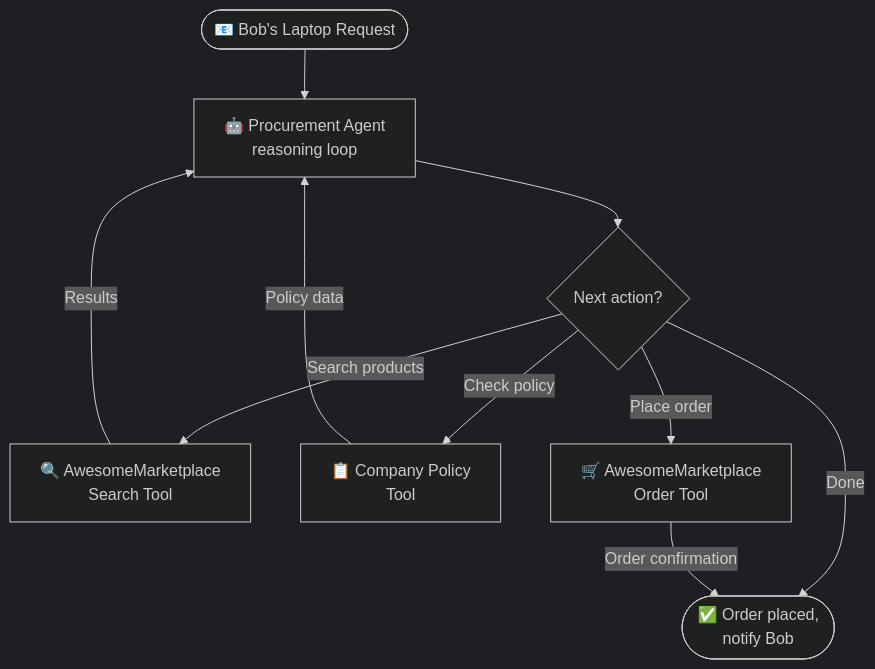
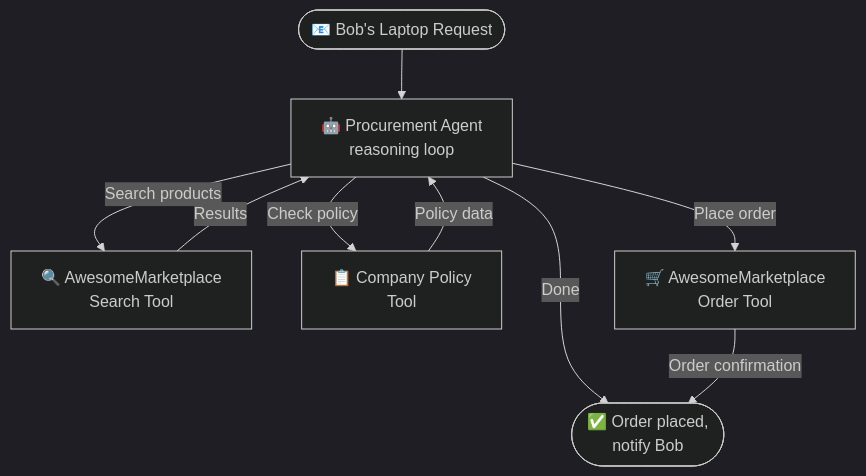
Before and after one commit to FridljDa/FridljDa.github.io: the first of 3 diagrams in src/content/blog/free-form-blog-post.mdx, drawn with Mermaid (dark theme).

Commit message:
feat: streamline agent interaction flow in free-form blog post diagram

````diff
--- a/src/content/blog/free-form-blog-post.mdx
+++ b/src/content/blog/free-form-blog-post.mdx
@@ -31,16 +31,14 @@
 ```mermaid
 flowchart TD
     INPUT([📧 Bob's Laptop Request])
     INPUT --> A1[🤖 Procurement Agent\nreasoning loop]
 
-    A1 --> A2{Next action?}
-
-    A2 -- Search products --> A3[🔍 AwesomeMarketplace\nSearch Tool]
-    A2 -- Check policy --> A4[📋 Company Policy\nTool]
-    A2 -- Place order --> A5[🛒 AwesomeMarketplace\nOrder Tool]
-    A2 -- Done --> A6([✅ Order placed,\nnotify Bob])
+    A1 -- Search products --> A3[🔍 AwesomeMarketplace\nSearch Tool]
+    A1 -- Check policy --> A4[📋 Company Policy\nTool]
+    A1 -- Place order --> A5[🛒 AwesomeMarketplace\nOrder Tool]
+    A1 -- Done --> A6([✅ Order placed,\nnotify Bob])
 
     A3 -- Results --> A1
     A4 -- Policy data --> A1
     A5 -- Order confirmation --> A6
 ```
````
